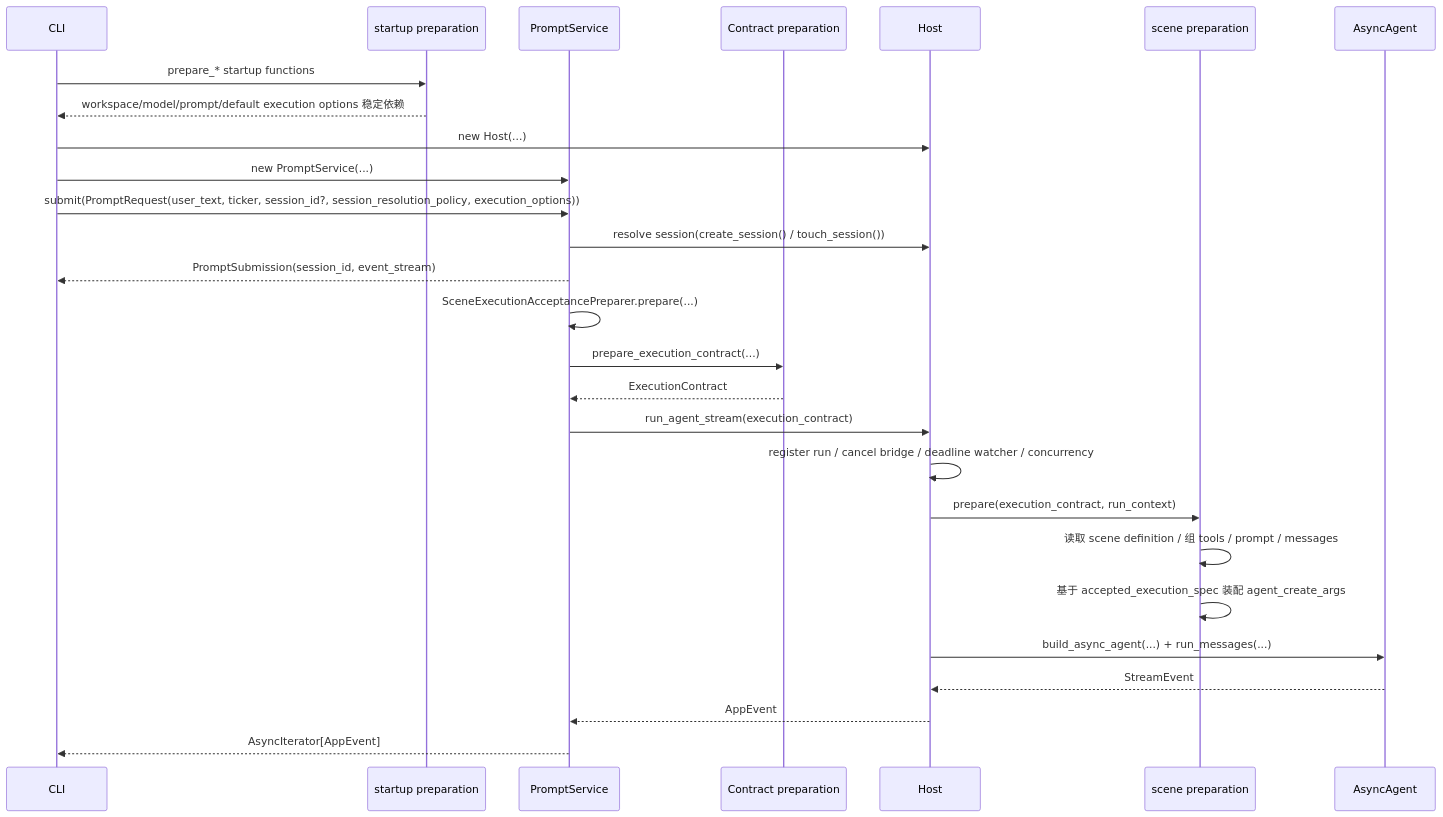
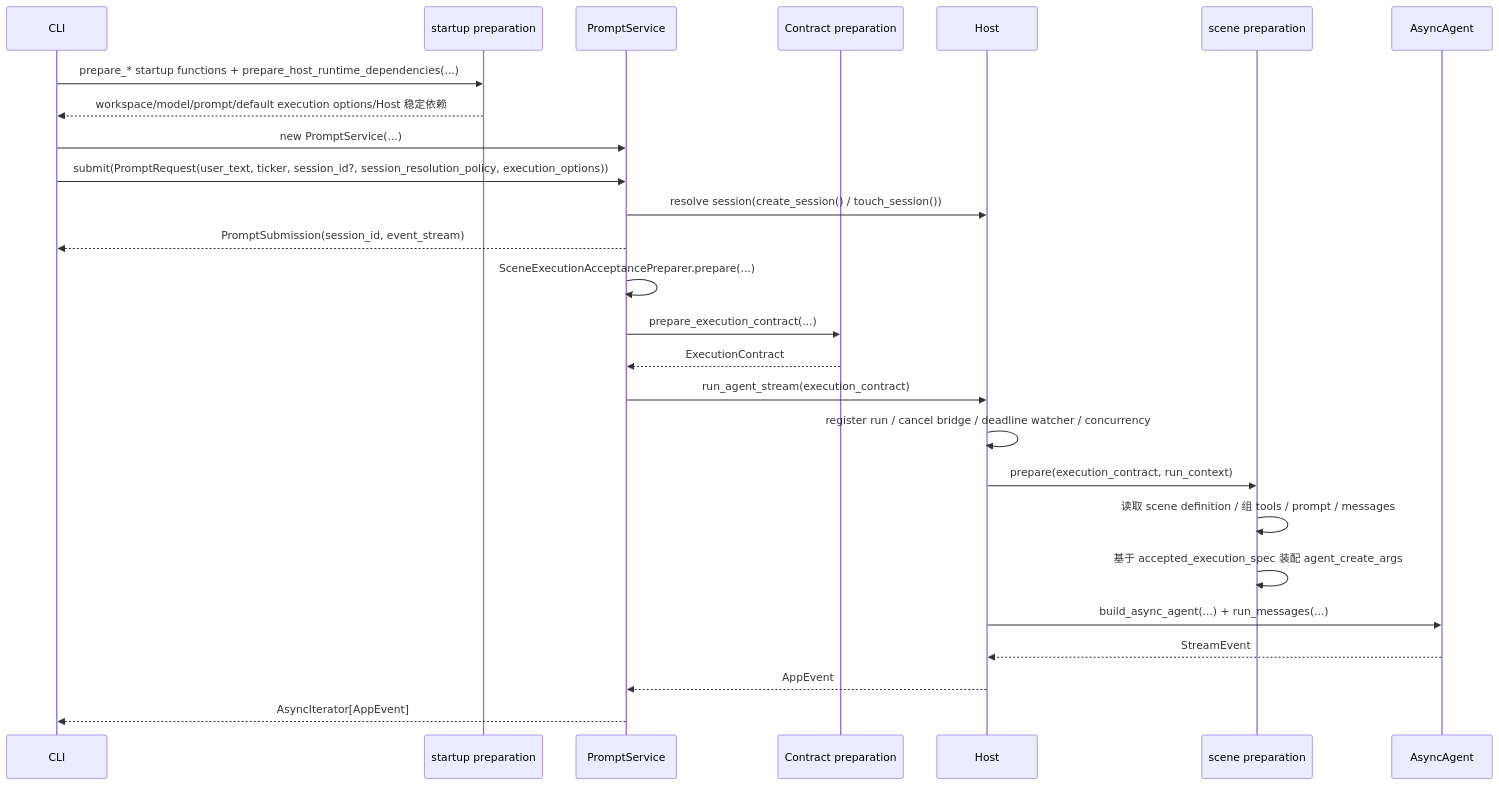
Before and after one commit to noho/dayu-agent: the third of 4 diagrams in dayu/README.md, drawn with Mermaid. The commit also changed other lines of this file and 7 other files, not shown here.

````diff
--- a/dayu/README.md
+++ b/dayu/README.md
@@ -171,30 +171,29 @@
 ```mermaid
 sequenceDiagram
     participant UI as CLI
     participant Startup as startup preparation
     participant Service as PromptService
     participant Contract as Contract preparation
     participant Host as Host
     participant SP as scene preparation
     participant Agent as AsyncAgent
 
-    UI->>Startup: prepare_* startup functions
-    Startup-->>UI: workspace/model/prompt/default execution options 稳定依赖
-    UI->>Host: new Host(...)
+    UI->>Startup: prepare_* startup functions + prepare_host_runtime_dependencies(...)
+    Startup-->>UI: workspace/model/prompt/default execution options/Host 稳定依赖
     UI->>Service: new PromptService(...)
     UI->>Service: submit(PromptRequest(user_text, ticker, session_id?, session_resolution_policy, execution_options))
     Service->>Host: resolve session(create_session() / touch_session())
     Service-->>UI: PromptSubmission(session_id, event_stream)
     Service->>Service: SceneExecutionAcceptancePreparer.prepare(...)
     Service->>Contract: prepare_execution_contract(...)
     Contract-->>Service: ExecutionContract
     Service->>Host: run_agent_stream(execution_contract)
     Host->>Host: register run / cancel bridge / deadline watcher / concurrency
     Host->>SP: prepare(execution_contract, run_context)
     SP->>SP: 读取 scene definition / 组 tools / prompt / messages
     SP->>SP: 基于 accepted_execution_spec 装配 agent_create_args
     Host->>Agent: build_async_agent(...) + run_messages(...)
     Agent-->>Host: StreamEvent
     Host-->>Service: AppEvent
     Service-->>UI: AsyncIterator[AppEvent]
 ```
````
